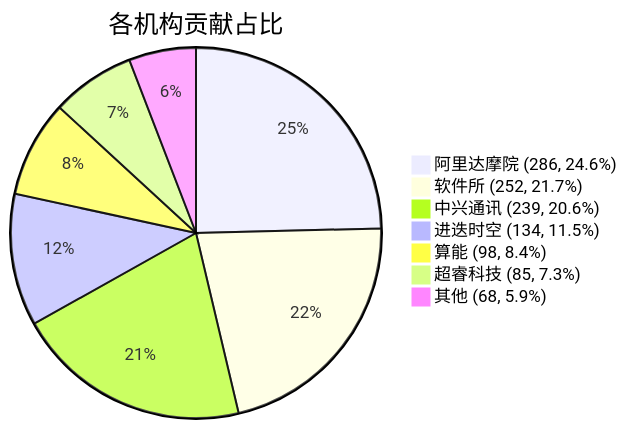
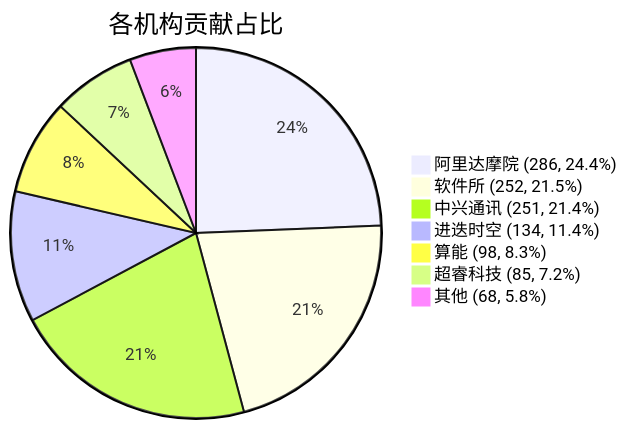
Before and after one commit to RVCK-Project/rvck: the diagram in docs/index.md, drawn with Mermaid. The commit also changed other lines of this file and 8 other files, not shown here.

````diff
--- a/docs/index.md
+++ b/docs/index.md
@@ -31,10 +31,10 @@
 ```mermaid
 pie title 各机构贡献占比
-    "阿里达摩院 (286, 24.6%)" : 286
-    "软件所 (252, 21.7%)" : 252
-    "中兴通讯 (239, 20.6%)" : 239
-    "进迭时空 (134, 11.5%)" : 134
-    "算能 (98, 8.4%)" : 98
-    "超睿科技 (85, 7.3%)" : 85
-    "其他 (68, 5.9%)" : 68
+    "阿里达摩院 (286, 24.4%)" : 286
+    "软件所 (252, 21.5%)" : 252
+    "中兴通讯 (251, 21.4%)" : 251
+    "进迭时空 (134, 11.4%)" : 134
+    "算能 (98, 8.3%)" : 98
+    "超睿科技 (85, 7.2%)" : 85
+    "其他 (68, 5.8%)" : 68
 ```
````
